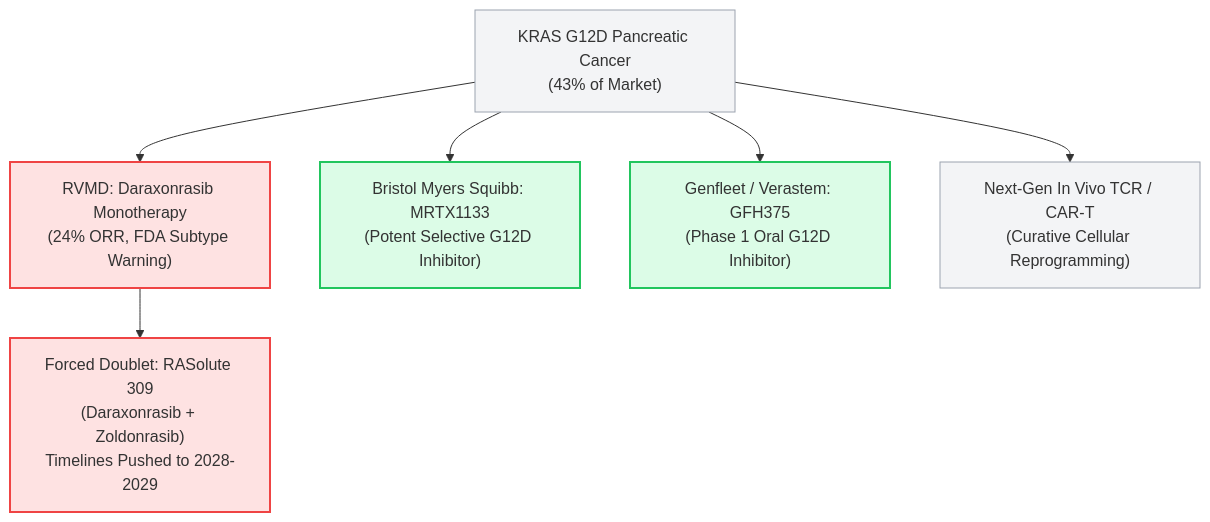
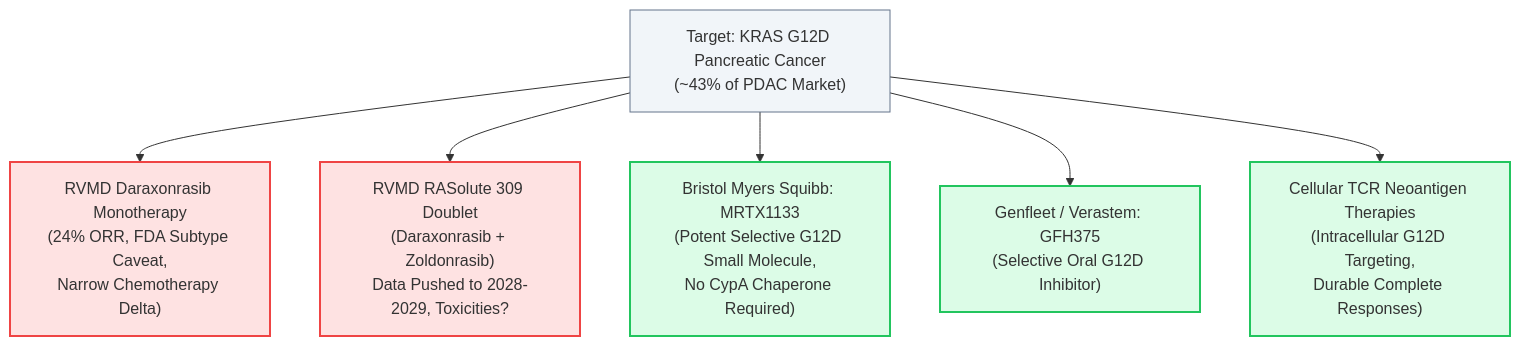
The second of 2 diagrams in apps/market-site/src/content/blog/2026-10-08-revolution-medicines-rvmd-fda-review-g12d-insider-selling-deep-dive.md (duksaramio/myblog-2026), drawn with Mermaid before and after one commit. The commit also changed other lines of this file and 2 other files, not shown here.

Commit message:
refactor(rvmd): upgrade RVMD deep dive to 8-phase Browne & Keeley critical thinking standard across EN, KO, and ZH

````diff
--- a/apps/market-site/src/content/blog/2026-10-08-revolution-medicines-rvmd-fda-review-g12d-insider-selling-deep-dive.md
+++ b/apps/market-site/src/content/blog/2026-10-08-revolution-medicines-rvmd-fda-review-g12d-insider-selling-deep-dive.md
@@ -238,15 +290,15 @@
 ```mermaid
 flowchart TD
-    classDef danger fill:#fee2e2,stroke:#ef4444,stroke-width:2px;
-    classDef neutral fill:#f3f4f6,stroke:#9ca3af,stroke-width:1px;
-    classDef success fill:#dcfce7,stroke:#22c55e,stroke-width:2px;
+    classDef target fill:#f1f5f9,stroke:#64748b,stroke-width:1px;
+    classDef rvmd fill:#fee2e2,stroke:#ef4444,stroke-width:2px;
+    classDef comp fill:#dcfce7,stroke:#22c55e,stroke-width:2px;
 
-    Target["KRAS G12D Pancreatic Cancer<br>(43% of Market)"]:::neutral
+    T["Target: KRAS G12D Pancreatic Cancer<br>(~43% of PDAC Market)"]:::target
 
-    Target --> RevMed["RVMD: Daraxonrasib Monotherapy<br>(24% ORR, FDA Subtype Warning)"]:::danger
-    Target --> Comp1["Bristol Myers Squibb: MRTX1133<br>(Potent Selective G12D Inhibitor)"]:::success
-    Target --> Comp2["Genfleet / Verastem: GFH375<br>(Phase 1 Oral G12D Inhibitor)"]:::success
-    Target --> Comp3["Next-Gen In Vivo TCR / CAR-T<br>(Curative Cellular Reprogramming)"]:::neutral
+    T --> RV1["RVMD Daraxonrasib Monotherapy<br>(24% ORR, FDA Subtype Caveat,<br>Narrow Chemotherapy Delta)"]:::rvmd
+    T --> RV2["RVMD RASolute 309 Doublet<br>(Daraxonrasib + Zoldonrasib)<br>Data Pushed to 2028-2029, Toxicities?"]:::rvmd
 
-    RevMed --> DesperatePivot["Forced Doublet: RASolute 309<br>(Daraxonrasib + Zoldonrasib)<br>Timelines Pushed to 2028-2029"]:::danger
+    T --> C1["Bristol Myers Squibb: MRTX1133<br>(Potent Selective G12D Small Molecule,<br>No CypA Chaperone Required)"]:::comp
+    T --> C2["Genfleet / Verastem: GFH375<br>(Selective Oral G12D Inhibitor)"]:::comp
+    T --> C3["Cellular TCR Neoantigen Therapies<br>(Intracellular G12D Targeting,<br>Durable Complete Responses)"]:::comp
 ```
````
